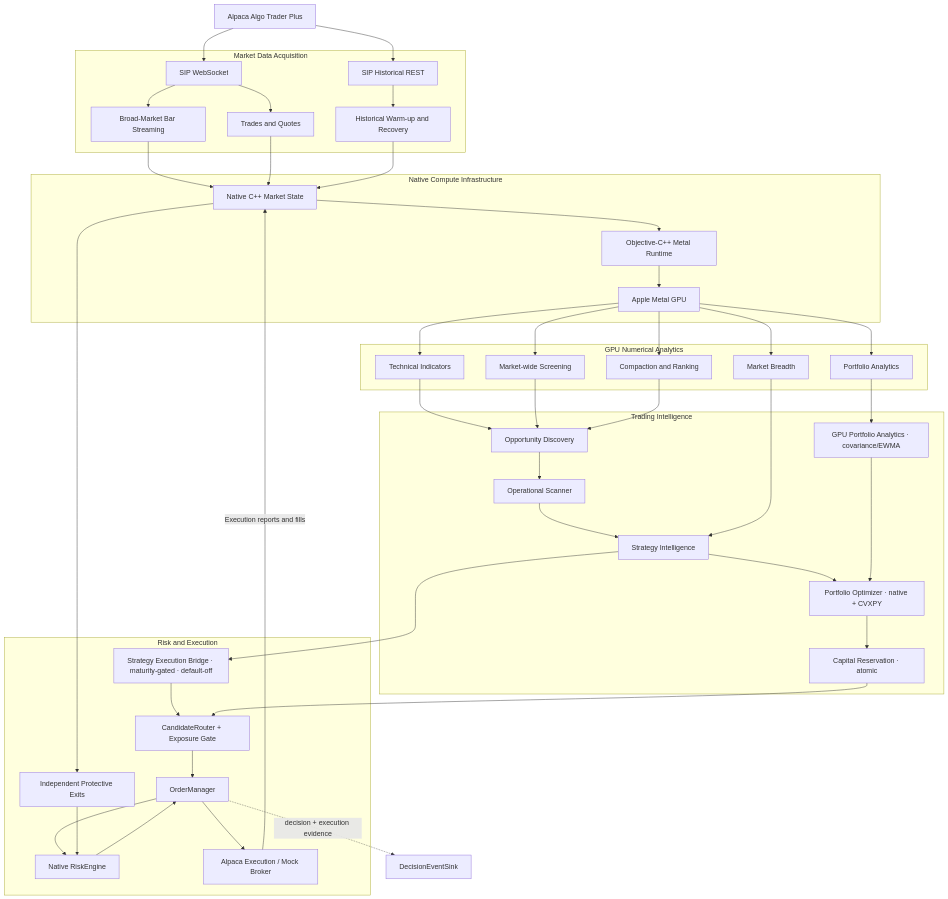
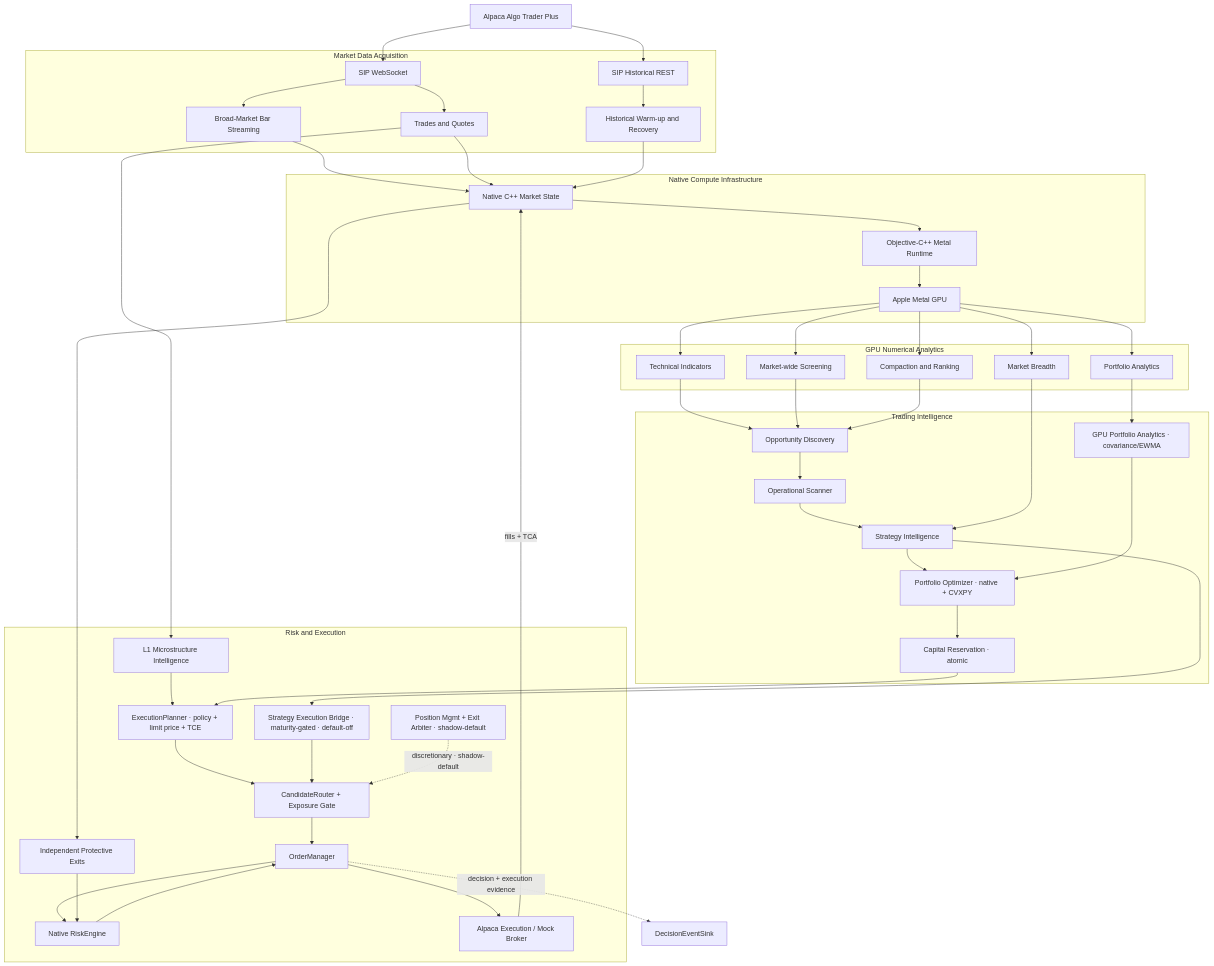
One commit to blkpvnthr/C-Engine changed the first of 14 diagrams in README.md. Above: the diagram before and after it, drawn with Mermaid. The commit also changed other lines of this file and 28 other files, not shown here.

````diff
--- a/README.md
+++ b/README.md
@@ -91,11 +91,16 @@
 
     subgraph Execution[Risk and Execution]
         W[Strategy Execution Bridge · maturity-gated · default-off]
+        MS[L1 Microstructure Intelligence]
+        XP[ExecutionPlanner · policy + limit price + TCE]
+        PM[Position Mgmt + Exit Arbiter · shadow-default]
         S[Native RiskEngine]
         T[Independent Protective Exits]
         U[OrderManager]
         V[Alpaca Execution / Mock Broker]
-        W --> X[CandidateRouter + Exposure Gate]
+        MS --> XP
+        XP --> X[CandidateRouter + Exposure Gate]
+        W --> X
         X --> U
         U --> S
         S --> U
@@ -103,9 +108,11 @@
         U --> V
     end
 
-    CR --> X
+    CR --> XP
+    E --> MS
     Q --> W
     G --> T
-    V -->|Execution reports and fills| G
+    PM -.->|discretionary · shadow-default| X
+    V -->|fills + TCA| G
     U -.->|decision + execution evidence| Y[DecisionEventSink]
 ```
````
